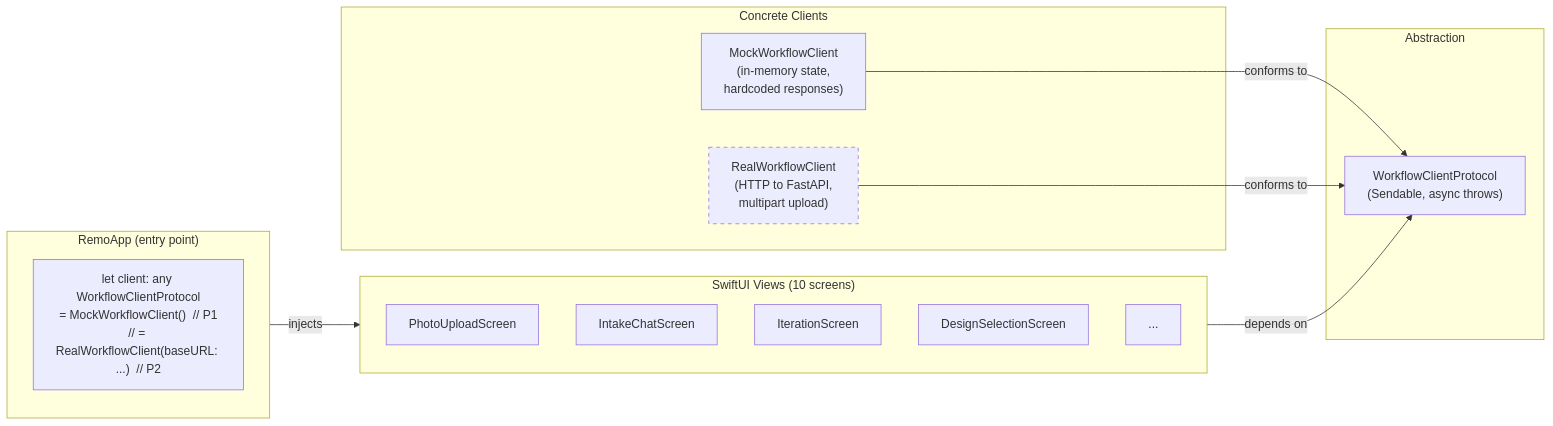
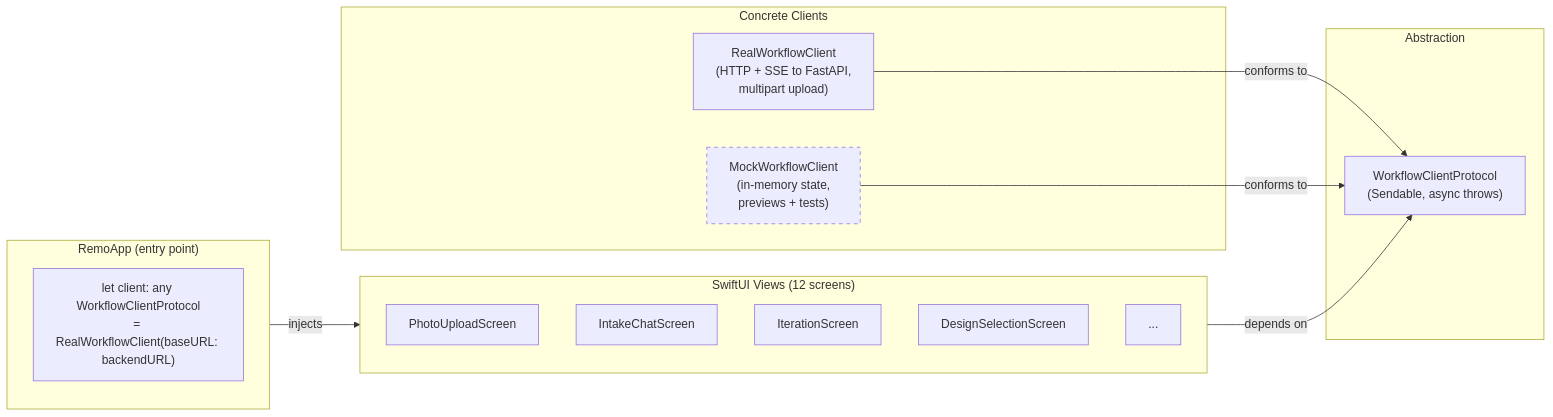
One commit to hippogriff-ai/remo changed diagram 11 of 12 in specs/ARCHITECTURE.md. Above: the diagram before and after it, drawn with Mermaid. The commit also changed other lines of this file and 58 other files, not shown here.

````diff
--- a/specs/ARCHITECTURE.md
+++ b/specs/ARCHITECTURE.md
@@ -426,33 +439,32 @@
 ```mermaid
 graph LR
-    subgraph Views["SwiftUI Views (10 screens)"]
+    subgraph Views["SwiftUI Views (12 screens)"]
         direction TB
         V1["PhotoUploadScreen"]
         V2["IntakeChatScreen"]
         V3["IterationScreen"]
         V4["DesignSelectionScreen"]
         V5["..."]
     end
 
     subgraph Protocol["Abstraction"]
         P["WorkflowClientProtocol<br/>(Sendable, async throws)"]
     end
 
     subgraph Implementations["Concrete Clients"]
-        Mock["MockWorkflowClient<br/>(in-memory state,<br/>hardcoded responses)"]
-        Real["RealWorkflowClient<br/>(HTTP to FastAPI,<br/>multipart upload)"]
+        Real["RealWorkflowClient<br/>(HTTP + SSE to FastAPI,<br/>multipart upload)"]
+        Mock["MockWorkflowClient<br/>(in-memory state,<br/>previews + tests)"]
     end
 
     Views -->|"depends on"| P
+    Real -->|"conforms to"| P
     Mock -->|"conforms to"| P
-    Real -->|"conforms to"| P
 
     subgraph App["RemoApp (entry point)"]
-        Swap["let client: any WorkflowClientProtocol<br/>= MockWorkflowClient()  // P1<br/>// = RealWorkflowClient(baseURL: ...)  // P2"]
+        Swap["let client: any WorkflowClientProtocol<br/>= RealWorkflowClient(baseURL: backendURL)"]
     end
 
     App -->|"injects"| Views
 
-    style Mock stroke-dasharray: 0
-    style Real stroke-dasharray: 5 5
+    style Mock stroke-dasharray: 5 5
 ```
````
